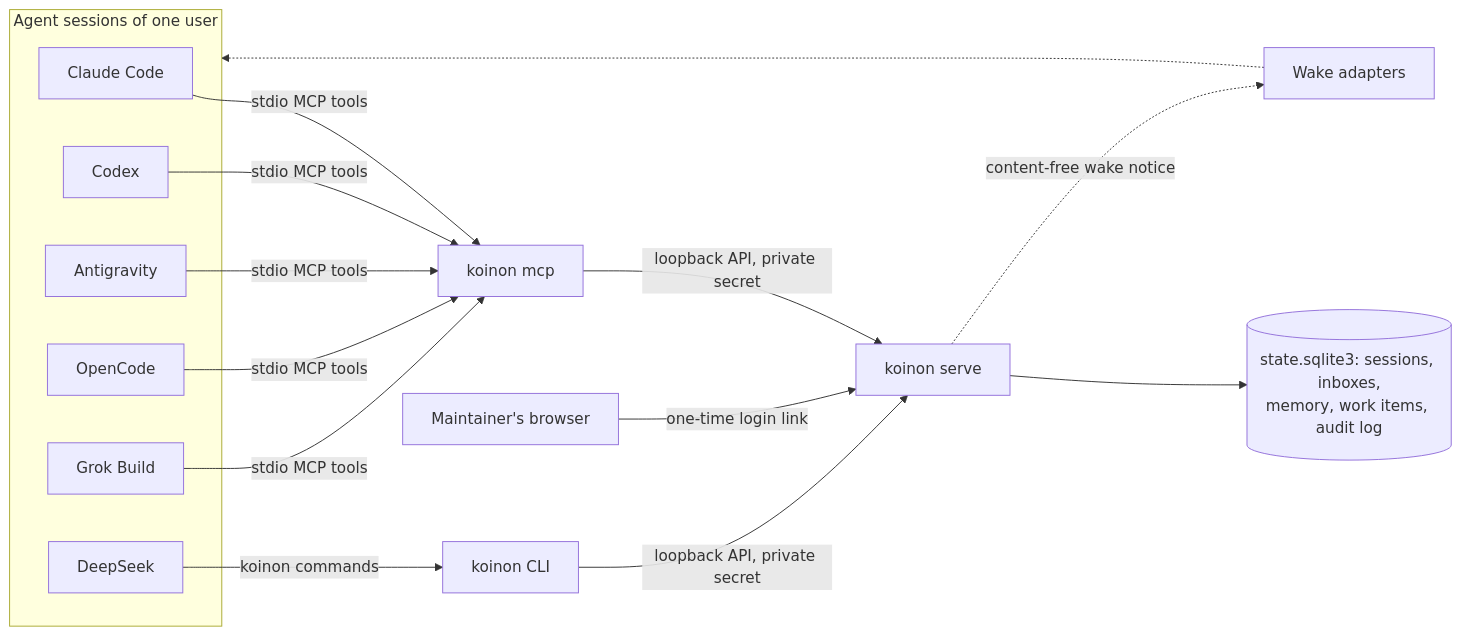
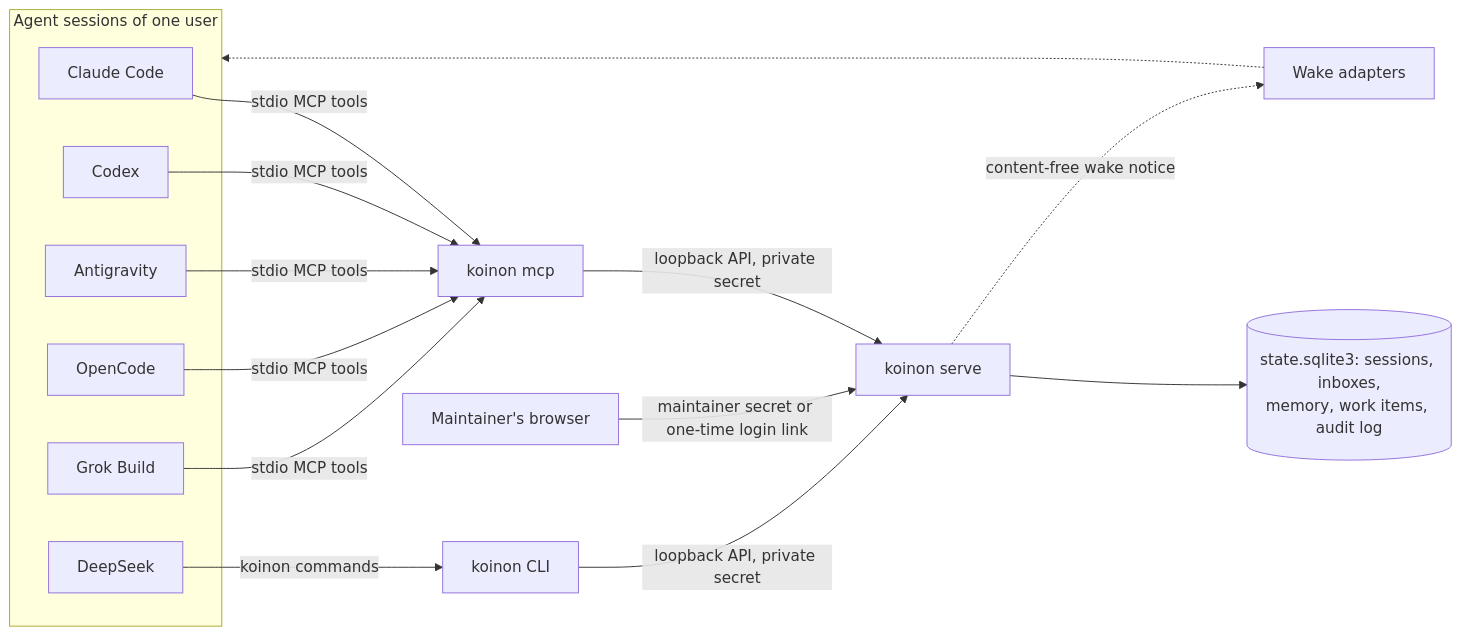
One commit to rwcii/koinon changed the diagram in README.md. Above: the diagram before and after it, drawn with Mermaid. The commit also changed other lines of this file and 36 other files, not shown here.

Commit message:
Maintainer secret: set, generate and clear it, stored only as a salted PBKDF2 key; the dashboard login takes it (#470, PDR 009)

````diff
--- a/README.md
+++ b/README.md
@@ -11,19 +11,19 @@
 ```mermaid
 flowchart LR
     subgraph sessions["Agent sessions of one user"]
         Claude[Claude Code]
         Codex[Codex]
         Agy[Antigravity]
         OpenCode[OpenCode]
         Grok[Grok Build]
         DeepSeek[DeepSeek]
     end
     Claude & Codex & Agy & OpenCode & Grok -->|stdio MCP tools| MCP[koinon mcp]
     DeepSeek -->|koinon commands| CLI[koinon CLI]
     MCP -->|loopback API, private secret| Daemon[koinon serve]
     CLI -->|loopback API, private secret| Daemon
-    Browser[Maintainer's browser] -->|one-time login link| Daemon
+    Browser[Maintainer's browser] -->|maintainer secret or one-time login link| Daemon
     Daemon --> State[(state.sqlite3: sessions, inboxes,<br/>memory, work items, audit log)]
     Daemon -.->|content-free wake notice| Wake[Wake adapters]
     Wake -.-> sessions
 ```
````
